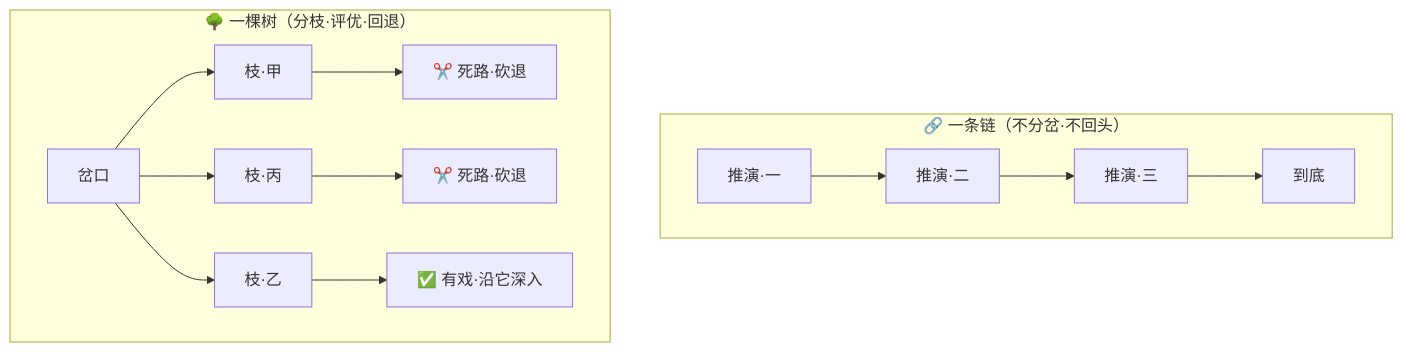
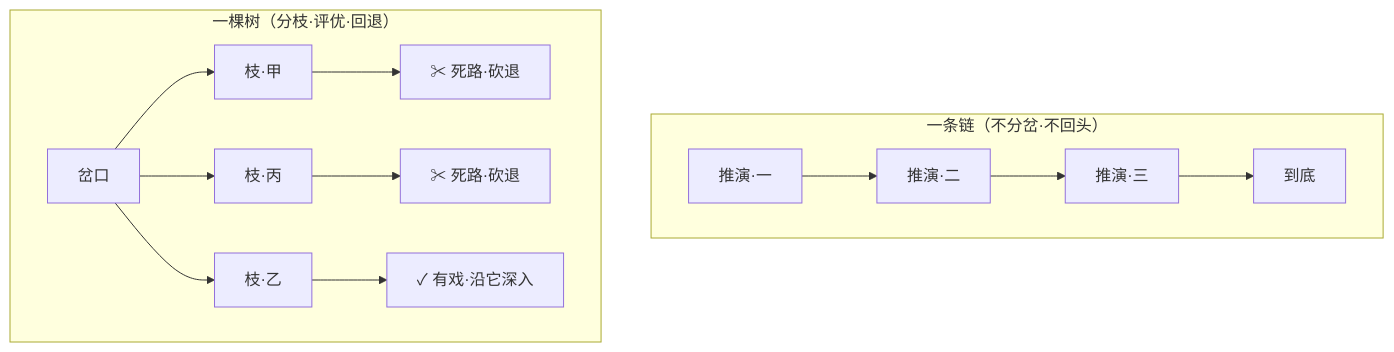
The third of 3 diagrams in docs/09_STORY_修仙学AI/STORY-番外/[STORY-番外-110] 番外11·万途并参·择优而行.md (luckykhy/KhyAiHub), drawn with Mermaid before and after one commit. The commit also changed other lines of this file and 19 other files, not shown here.

````diff
--- a/docs/09_STORY_修仙学AI/STORY-番外/[STORY-番外-110] 番外11·万途并参·择优而行.md
+++ b/docs/09_STORY_修仙学AI/STORY-番外/[STORY-番外-110] 番外11·万途并参·择优而行.md
@@ -129,14 +129,14 @@
 ```mermaid
 flowchart TB
-  subgraph 一链["🔗 一条链（不分岔·不回头）"]
+  subgraph 一链["一条链（不分岔·不回头）"]
     L1["推演·一"] --> L2["推演·二"] --> L3["推演·三"] --> L4["到底"]
   end
-  subgraph 一树["🌳 一棵树（分枝·评优·回退）"]
+  subgraph 一树["一棵树（分枝·评优·回退）"]
     R["岔口"] --> R1["枝·甲"]
     R --> R2["枝·乙"]
     R --> R3["枝·丙"]
-    R1 --> R1x["✂️ 死路·砍退"]
-    R3 --> R3x["✂️ 死路·砍退"]
-    R2 --> R2o["✅ 有戏·沿它深入"]
+    R1 --> R1x["✂ 死路·砍退"]
+    R3 --> R3x["✂ 死路·砍退"]
+    R2 --> R2o["✓ 有戏·沿它深入"]
   end
 ```
````
